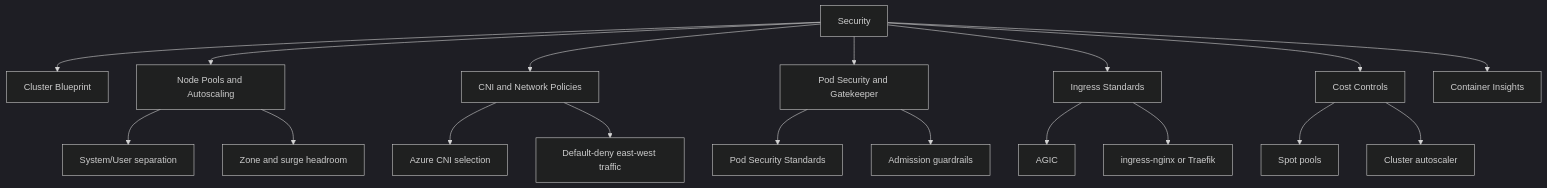
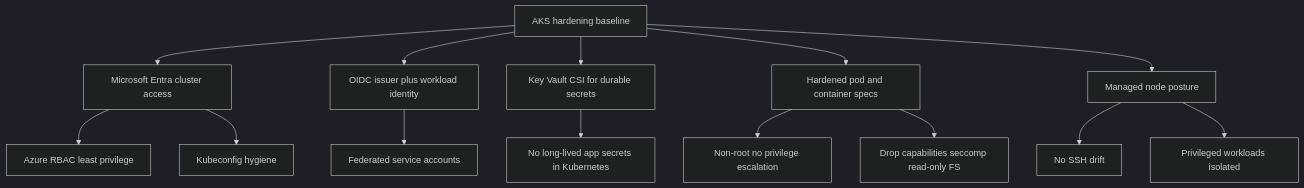
The diagram in docs/best-practices/security.md (yeongseon/azure-kubernetes-service-practical-guide), drawn with Mermaid (dark theme) before and after one commit. The commit also changed other lines of this file and 5 other files, not shown here.

````diff
--- a/docs/best-practices/security.md
+++ b/docs/best-practices/security.md
@@ -45,20 +41,16 @@
 ```mermaid
 flowchart TD
-    A[Security] --> B[Cluster Blueprint]
-    A --> C[Node Pools and Autoscaling]
-    A --> D[CNI and Network Policies]
-    A --> E[Pod Security and Gatekeeper]
-    A --> F[Ingress Standards]
-    A --> G[Cost Controls]
-    A --> H[Container Insights]
-    C --> C1[System/User separation]
-    C --> C2[Zone and surge headroom]
-    D --> D1[Azure CNI selection]
-    D --> D2[Default-deny east-west traffic]
-    E --> E1[Pod Security Standards]
-    E --> E2[Admission guardrails]
-    F --> F1[AGIC]
-    F --> F2[ingress-nginx or Traefik]
-    G --> G1[Spot pools]
-    G --> G2[Cluster autoscaler]
+    A[AKS hardening baseline] --> B[Microsoft Entra cluster access]
+    A --> C[OIDC issuer plus workload identity]
+    A --> D[Key Vault CSI for durable secrets]
+    A --> E[Hardened pod and container specs]
+    A --> F[Managed node posture]
+    B --> B1[Azure RBAC least privilege]
+    B --> B2[Kubeconfig hygiene]
+    C --> C1[Federated service accounts]
+    D --> D1[No long-lived app secrets in Kubernetes]
+    E --> E1[Non-root no privilege escalation]
+    E --> E2[Drop capabilities seccomp read-only FS]
+    F --> F1[No SSH drift]
+    F --> F2[Privileged workloads isolated]
 ```
````
